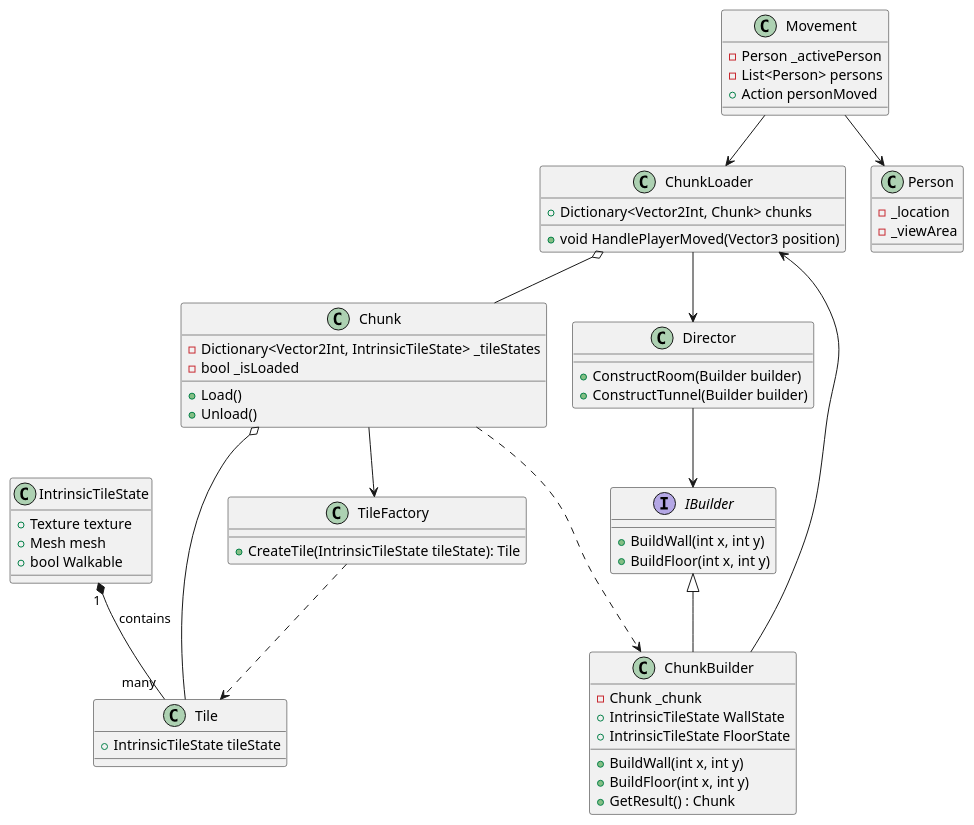
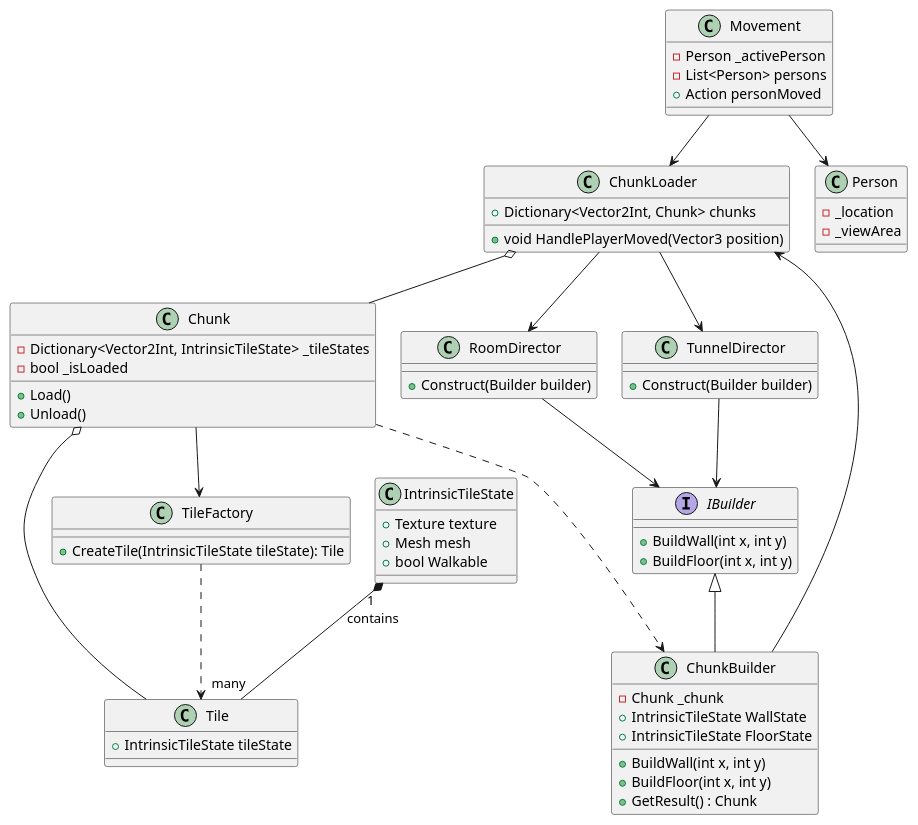
Before and after one commit to Raud0/Bungeon: the diagram in Assets/Other/builder.puml, drawn with PlantUML. The commit also changed 3 other files, not shown here.

```diff
--- a/Assets/Other/builder.puml
+++ b/Assets/Other/builder.puml
@@ -1,80 +1,86 @@
 @startuml
 
 'Customization
 skinparam nodesep 25
 skinparam ranksep 50
 
 
 'World Generation and Loading
 class ChunkLoader {
 + Dictionary<Vector2Int, Chunk> chunks
 + void HandlePlayerMoved(Vector3 position)
 }
 
-class Director {
-+ ConstructRoom(Builder builder)
-+ ConstructTunnel(Builder builder)
+class RoomDirector {
++ Construct(Builder builder)
 }
+
+class TunnelDirector {
++ Construct(Builder builder)
+}
+
 
 interface IBuilder {
 + BuildWall(int x, int y)
 + BuildFloor(int x, int y)
 }
 
 class ChunkBuilder {
 - Chunk _chunk
 + IntrinsicTileState WallState
 + IntrinsicTileState FloorState
 + BuildWall(int x, int y)
 + BuildFloor(int x, int y)
 + GetResult() : Chunk
 }
 
 class Chunk {
 - Dictionary<Vector2Int, IntrinsicTileState> _tileStates
 - bool _isLoaded
 + Load()
 + Unload()
 }
 
 class Tile {
 + IntrinsicTileState tileState
 }
 
 class IntrinsicTileState {
 + Texture texture
 + Mesh mesh
 + bool Walkable
 }
 
 class TileFactory {
 + CreateTile(IntrinsicTileState tileState): Tile
 }
 
 'Player and Movement
 class Person {
 - _location
 - _viewArea
 }
 
 class Movement {
 - Person _activePerson
 - List<Person> persons
 + Action personMoved
 }
 
 'Lines
 Movement --> Person
 Movement --> ChunkLoader
-ChunkLoader --> Director
-Director --> IBuilder
+ChunkLoader --> RoomDirector
+ChunkLoader --> TunnelDirector
+TunnelDirector --> IBuilder
+RoomDirector --> IBuilder
 IBuilder <|-- ChunkBuilder
 Chunk ..> ChunkBuilder
 ChunkLoader o-- Chunk
 Chunk --> TileFactory
 TileFactory ..> Tile
 Chunk o-- Tile
 IntrinsicTileState "1" *-- "many" Tile : contains
 ChunkBuilder --> ChunkLoader
 
 @enduml
```
